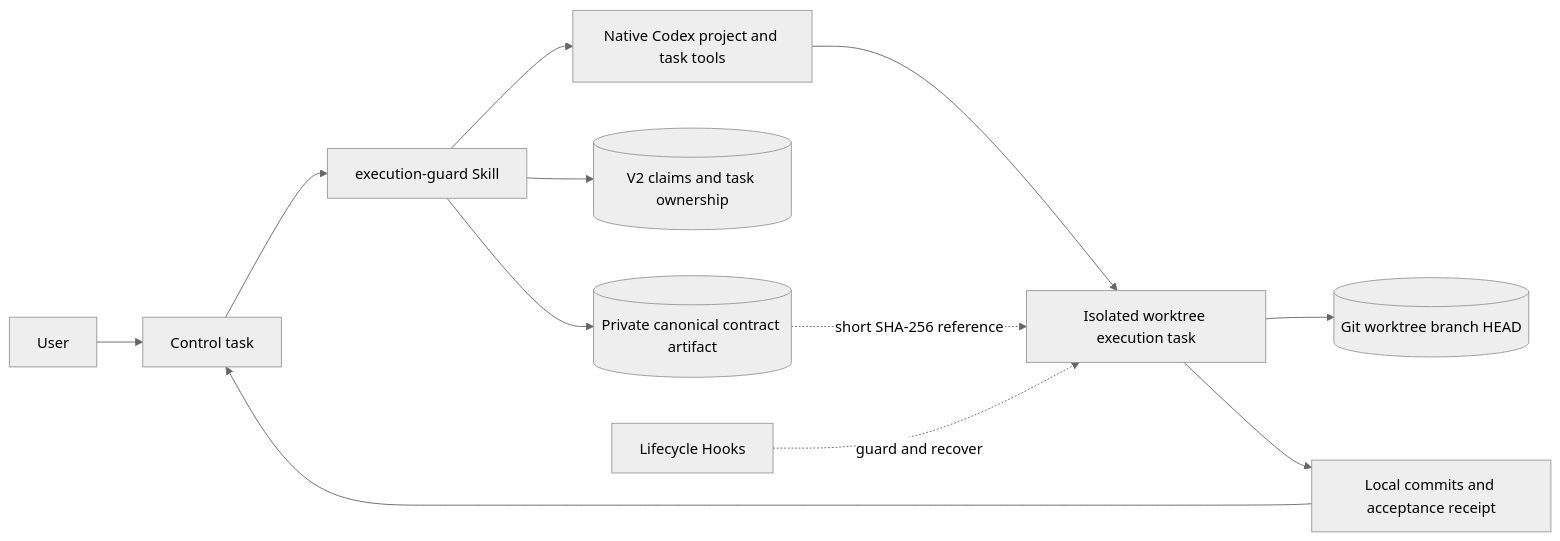
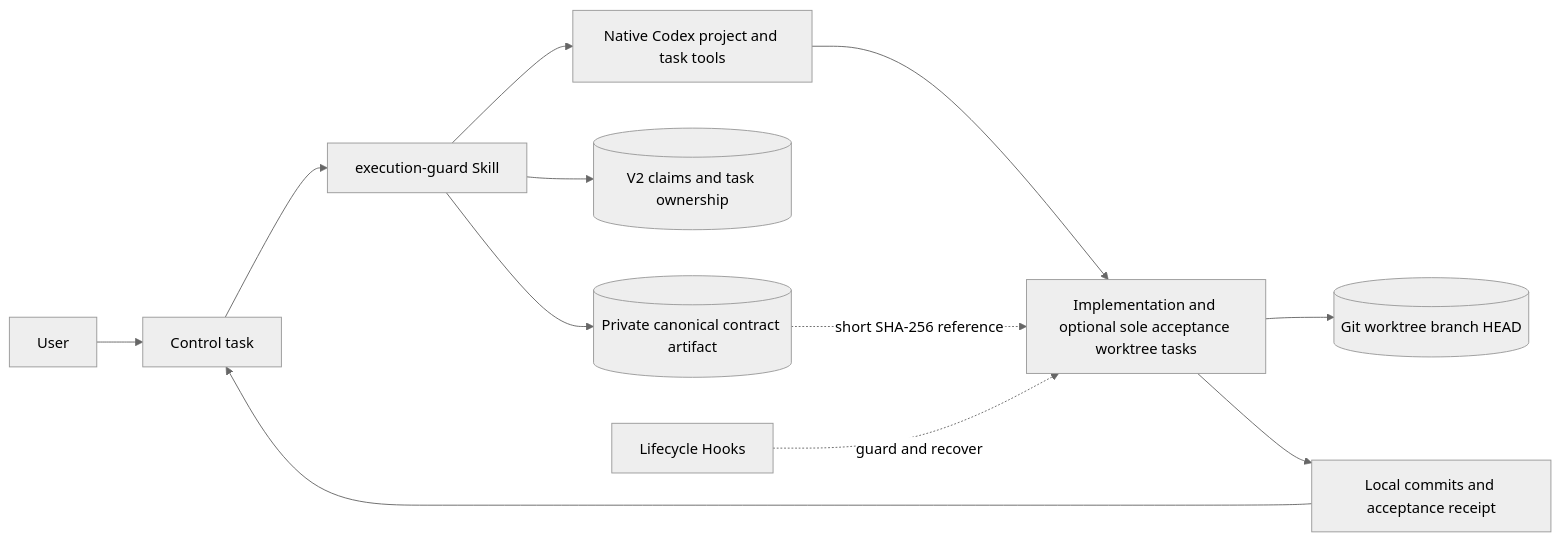
Before and after one commit to AKin-lvyifang/codex-execution-guard: the diagram in docs/ARCHITECTURE.en.md, drawn with Mermaid (neutral theme). The commit also changed other lines of this file and 8 other files, not shown here.

````diff
--- a/docs/ARCHITECTURE.en.md
+++ b/docs/ARCHITECTURE.en.md
@@ -20,14 +20,14 @@
 ```mermaid
 flowchart LR
     U[User] --> C[Control task]
     C --> S[execution-guard Skill]
     S --> N[Native Codex project and task tools]
     S --> R[(V2 claims and task ownership)]
-    N --> T[Isolated worktree execution task]
+    N --> T[Implementation and optional sole acceptance worktree tasks]
     S --> X[(Private canonical contract artifact)]
     X -.short SHA-256 reference.-> T
     H[Lifecycle Hooks] -.guard and recover.-> T
     T --> G[(Git worktree branch HEAD)]
     T --> E[Local commits and acceptance receipt]
     E --> C
 ```
````
